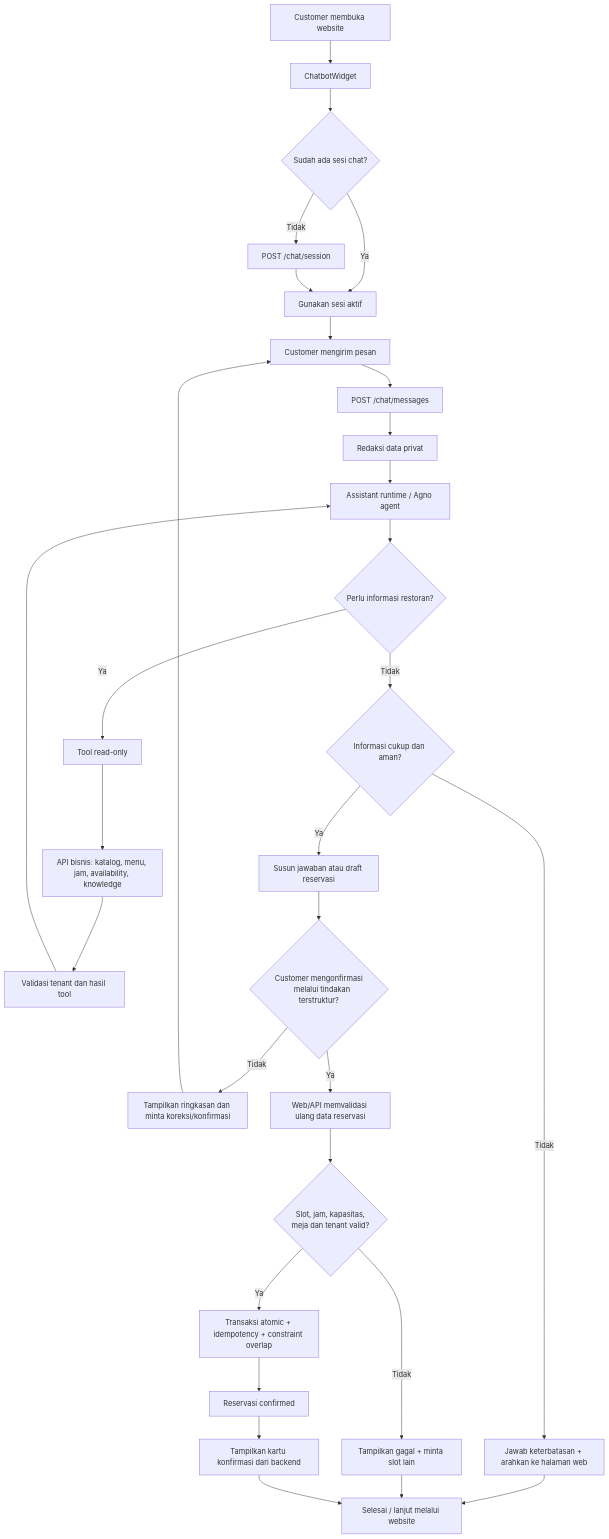
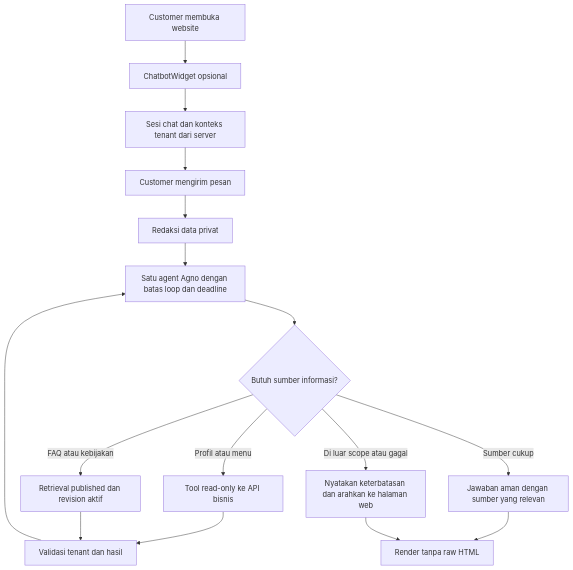
Before and after one commit to wisnufadhillah/Restaurant-Mulit-Tenant: the first of 2 diagrams in CHATBOT-FLOW.md, drawn with Mermaid. The commit also changed other lines of this file and 42 other files, not shown here.

Commit message:
feat: add tenant-scoped FAQ retrieval and conversational source answers

````diff
--- a/CHATBOT-FLOW.md
+++ b/CHATBOT-FLOW.md
@@ -7,34 +9,18 @@
 ```mermaid
 flowchart TD
-    A[Customer membuka website] --> B[ChatbotWidget]
-    B --> C{Sudah ada sesi chat?}
-    C -- Tidak --> D[POST /chat/session]
-    C -- Ya --> E[Gunakan sesi aktif]
-    D --> E
-    E --> F[Customer mengirim pesan]
-    F --> G[POST /chat/messages]
-    G --> H[Redaksi data privat]
-    H --> I[Assistant runtime / Agno agent]
-    I --> J{Perlu informasi restoran?}
-    J -- Ya --> K[Tool read-only]
-    K --> L[API bisnis: katalog, menu, jam, availability, knowledge]
-    L --> M[Validasi tenant dan hasil tool]
-    M --> I
-    J -- Tidak --> N{Informasi cukup dan aman?}
-    N -- Tidak --> O[Jawab keterbatasan + arahkan ke halaman web]
-    N -- Ya --> P[Susun jawaban atau draft reservasi]
-    P --> Q{Customer mengonfirmasi
-    melalui tindakan terstruktur?}
-    Q -- Tidak --> R[Tampilkan ringkasan dan minta koreksi/konfirmasi]
-    R --> F
-    Q -- Ya --> S[Web/API memvalidasi ulang data reservasi]
-    S --> T{Slot, jam, kapasitas,
-    meja dan tenant valid?}
-    T -- Tidak --> U[Tampilkan gagal + minta slot lain]
-    T -- Ya --> V[Transaksi atomic + idempotency + constraint overlap]
-    V --> W[Reservasi confirmed]
-    W --> X[Tampilkan kartu konfirmasi dari backend]
-    O --> Y[Selesai / lanjut melalui website]
-    U --> Y
-    X --> Y
+    A[Customer membuka website] --> B[ChatbotWidget opsional]
+    B --> C[Sesi chat dan konteks tenant dari server]
+    C --> D[Customer mengirim pesan]
+    D --> E[Redaksi data privat]
+    E --> F[Satu agent Agno dengan batas loop dan deadline]
+    F --> G{Butuh sumber informasi?}
+    G -- Profil atau menu --> H[Tool read-only ke API bisnis]
+    G -- FAQ atau kebijakan --> I[Retrieval published dan revision aktif]
+    H --> J[Validasi tenant dan hasil]
+    I --> J
+    J --> F
+    G -- Sumber cukup --> K[Jawaban aman dengan sumber yang relevan]
+    G -- Di luar scope atau gagal --> L[Nyatakan keterbatasan dan arahkan ke halaman web]
+    K --> M[Render tanpa raw HTML]
+    L --> M
 ```
````
